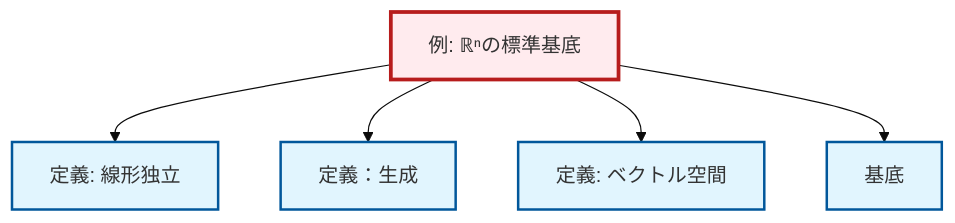
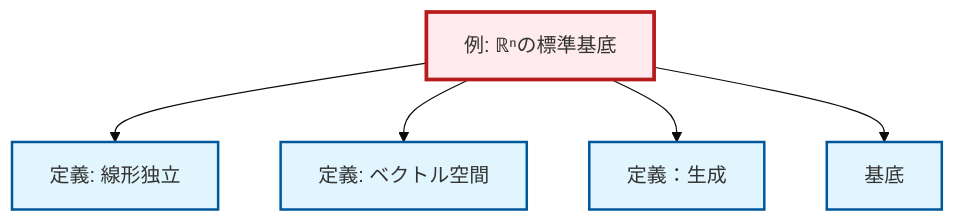
The diagram in content/ja/algebra/ex-standard-basis-rn.qmd (RK0429/ModernMath), drawn with Mermaid (base theme) before and after one commit. The commit also changed other lines of this file and 1012 other files, not shown here.

````diff
--- a/content/ja/algebra/ex-standard-basis-rn.qmd
+++ b/content/ja/algebra/ex-standard-basis-rn.qmd
@@ -63,23 +63,23 @@
 ```{mermaid}
 %%| fig-cap: "Local dependency graph"
 graph TD
     classDef definition fill:#e1f5fe,stroke:#01579b,stroke-width:2px
     classDef theorem fill:#f3e5f5,stroke:#4a148c,stroke-width:2px
     classDef axiom fill:#fff3e0,stroke:#e65100,stroke-width:2px
     classDef example fill:#e8f5e9,stroke:#1b5e20,stroke-width:2px
     classDef current fill:#ffebee,stroke:#b71c1c,stroke-width:3px
     def-vector-space["定義: ベクトル空間"]:::definition
+    def-linear-independence["定義: 線形独立"]:::definition
+    def-span["定義：生成"]:::definition
     def-basis["基底"]:::definition
-    def-span["定義：生成"]:::definition
     ex-standard-basis-rn["例: ℝⁿの標準基底"]:::example
-    def-linear-independence["定義: 線形独立"]:::definition
     ex-standard-basis-rn --> def-linear-independence
+    ex-standard-basis-rn --> def-vector-space
     ex-standard-basis-rn --> def-span
-    ex-standard-basis-rn --> def-vector-space
     ex-standard-basis-rn --> def-basis
     class ex-standard-basis-rn current
     click def-vector-space "def-vector-space.html" "ベクトル空間の定義へ"
+    click def-linear-independence "def-linear-independence.html" "線形独立の定義へ"
+    click def-span "def-span.html" "定義：生成へ"
     click def-basis "def-basis.html" "基底へ"
-    click def-span "def-span.html" "定義：生成へ"
-    click def-linear-independence "def-linear-independence.html" "線形独立の定義へ"
 ```
````
